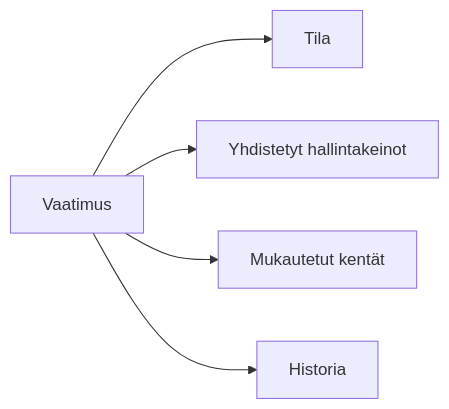
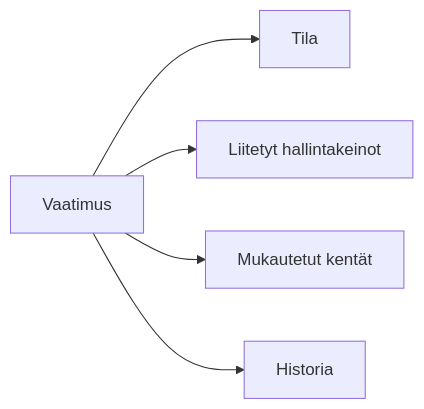
One commit to tekve/gover-docs changed the diagram in i18n/fi/docusaurus-plugin-content-docs/current/user-guide/frameworks/requirements.md. Above: the diagram before and after it, drawn with Mermaid. The commit also changed other lines of this file and 50 other files, not shown here.

````diff
--- a/i18n/fi/docusaurus-plugin-content-docs/current/user-guide/frameworks/requirements.md
+++ b/i18n/fi/docusaurus-plugin-content-docs/current/user-guide/frameworks/requirements.md
@@ -13,7 +13,7 @@
 ```mermaid
 flowchart LR
     R[Vaatimus] --> S[Tila]
-    R --> C[Yhdistetyt hallintakeinot]
+    R --> C[Liitetyt hallintakeinot]
     R --> CF[Mukautetut kentät]
     R --> H[Historia]
 ```
````
